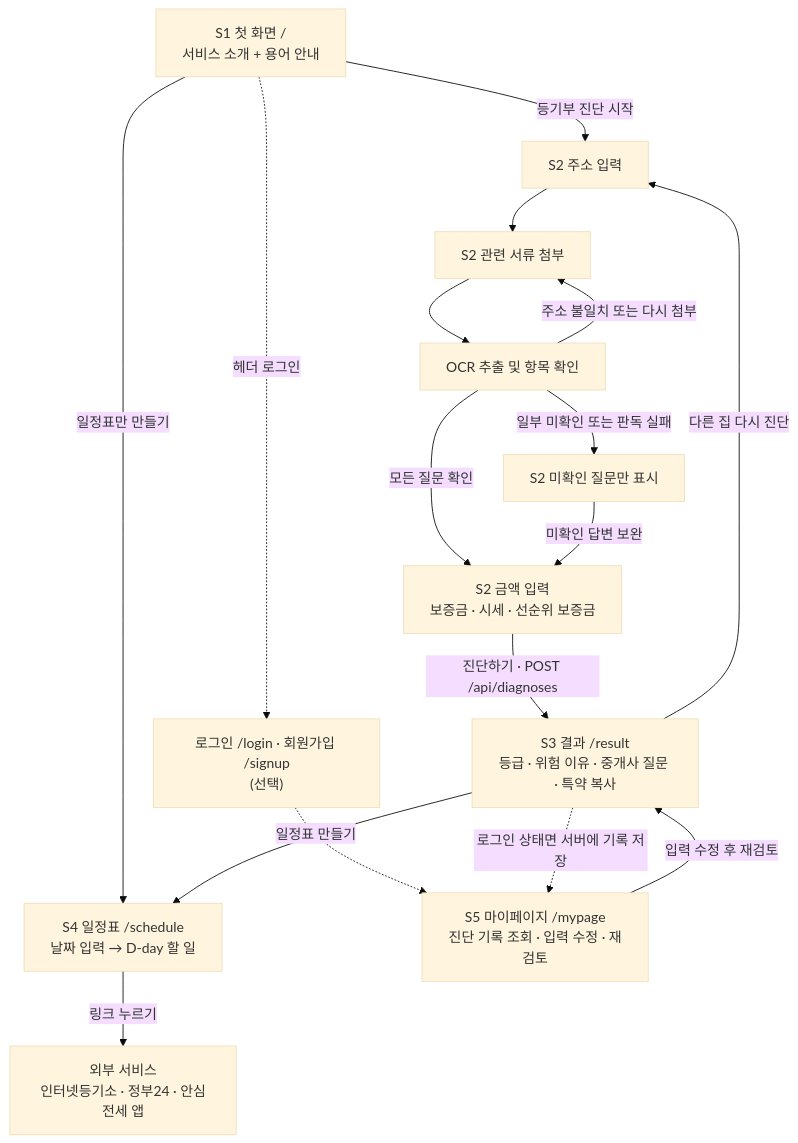
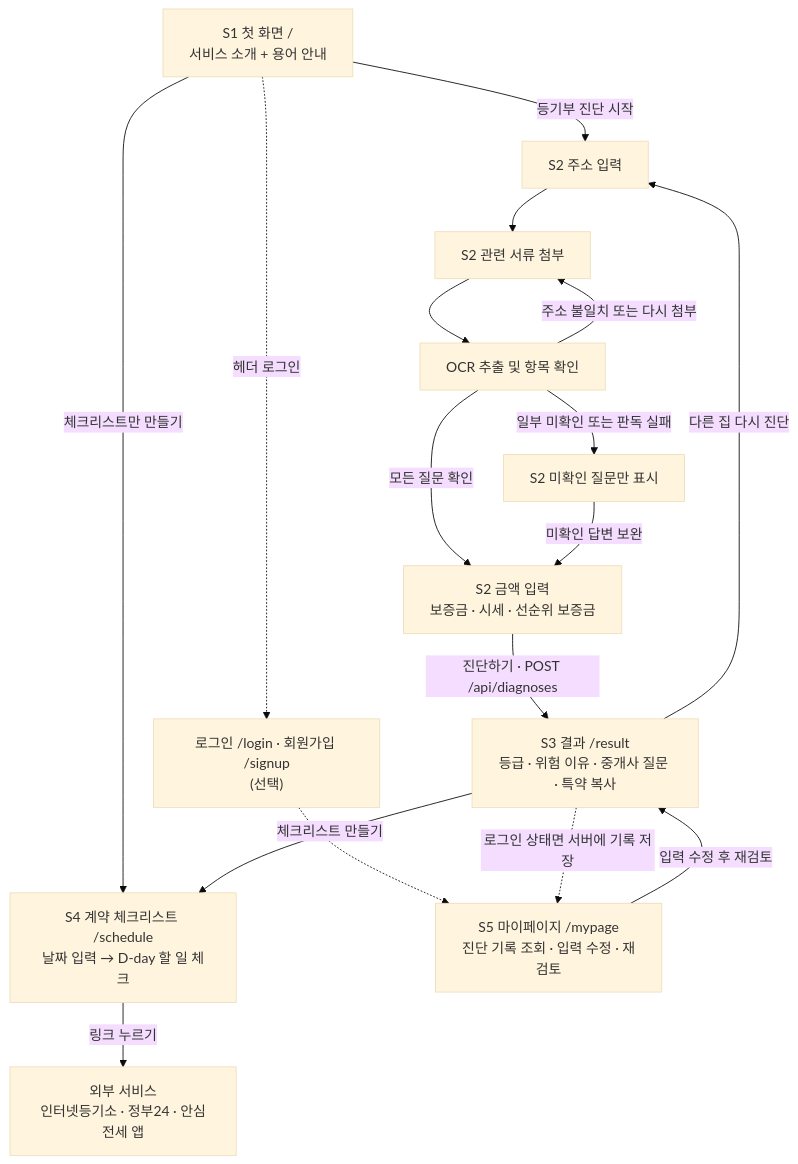
The first of 3 diagrams in docs/06-service-flow.md (LGCNS-HackerTon/FrontEnd), drawn with Mermaid (base theme) before and after one commit. The commit also changed other lines of this file and 11 other files, not shown here.

````diff
--- a/docs/06-service-flow.md
+++ b/docs/06-service-flow.md
@@ -16,31 +16,31 @@
 ```mermaid
 flowchart TD
     S1["S1 첫 화면 /<br/>서비스 소개 + 용어 안내"]
     S2a["S2 주소 입력"]
     Upload["S2 관련 서류 첨부"]
     OCR["OCR 추출 및 항목 확인"]
     S2b["S2 미확인 질문만 표시"]
     S2d["S2 금액 입력<br/>보증금 · 시세 · 선순위 보증금"]
     S3["S3 결과 /result<br/>등급 · 위험 이유 · 중개사 질문 · 특약 복사"]
-    S4["S4 일정표 /schedule<br/>날짜 입력 → D-day 할 일"]
+    S4["S4 계약 체크리스트 /schedule<br/>날짜 입력 → D-day 할 일 체크"]
     EXT["외부 서비스<br/>인터넷등기소 · 정부24 · 안심전세 앱"]
     L["로그인 /login · 회원가입 /signup<br/>(선택)"]
     S5["S5 마이페이지 /mypage<br/>진단 기록 조회 · 입력 수정 · 재검토"]
 
     S1 -->|등기부 진단 시작| S2a
-    S1 -->|일정표만 만들기| S4
+    S1 -->|체크리스트만 만들기| S4
     S2a --> Upload
     Upload --> OCR
     OCR -->|모든 질문 확인| S2d
     OCR -->|일부 미확인 또는 판독 실패| S2b
     OCR -->|주소 불일치 또는 다시 첨부| Upload
     S2b -->|미확인 답변 보완| S2d
     S2d -->|진단하기 · POST /api/diagnoses| S3
     S3 -->|다른 집 다시 진단| S2a
-    S3 -->|일정표 만들기| S4
+    S3 -->|체크리스트 만들기| S4
     S4 -->|링크 누르기| EXT
     S1 -.->|헤더 로그인| L
     L -.-> S5
     S3 -.->|로그인 상태면 서버에 기록 저장| S5
     S5 -->|입력 수정 후 재검토| S3
 ```
````
